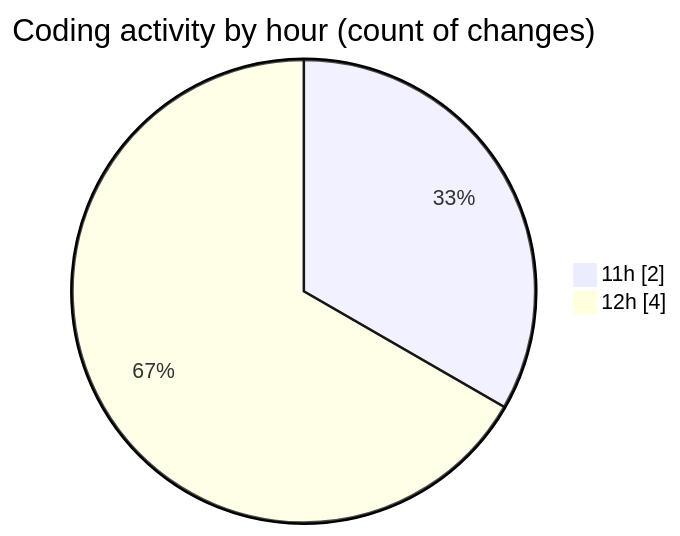
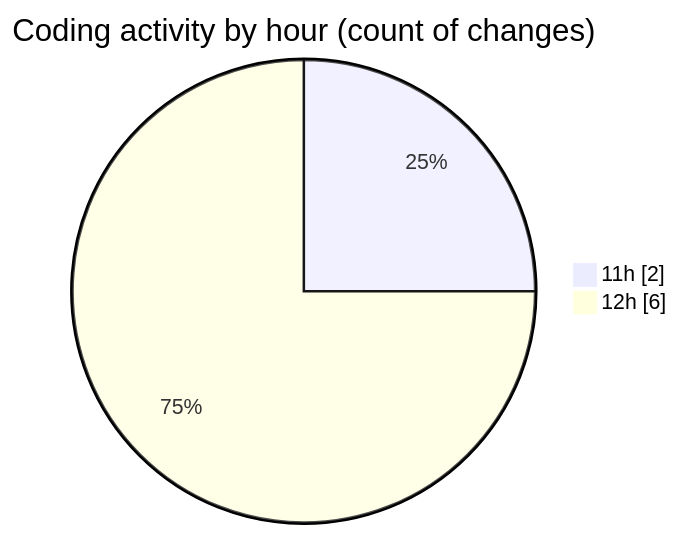
One commit to NitaiMahat/code-tracking changed the second of 2 diagrams in 2025-02-05/computer_202/README.md. Above: the diagram before and after it, drawn with Mermaid. The commit also changed other lines of this file and 1 other file, not shown here.

````diff
--- a/2025-02-05/computer_202/README.md
+++ b/2025-02-05/computer_202/README.md
@@ -30,6 +30,6 @@
 ```mermaid
 pie showData
 title Coding activity by hour (count of changes)
 "11h" : 2
-"12h" : 4
+"12h" : 6
 ```
````
